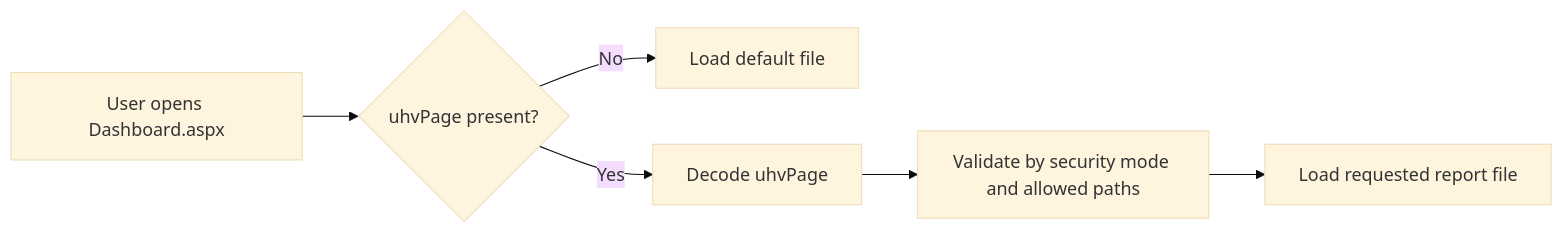
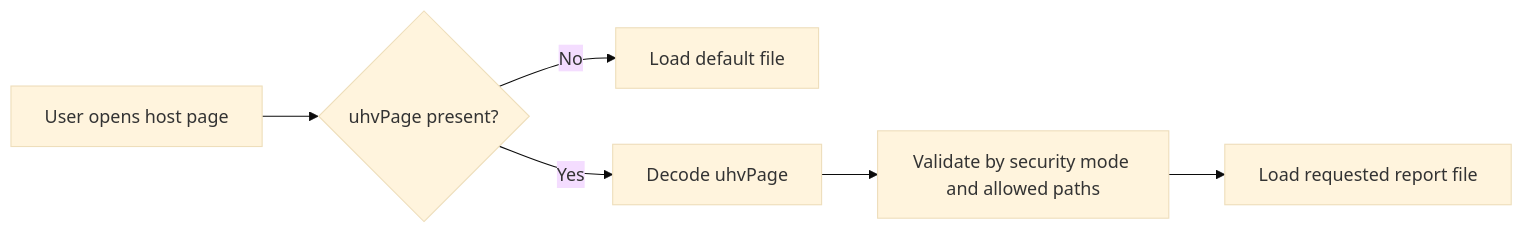
One commit to EvotecIT/UltimateHtmlViewer changed the fourth of 5 diagrams in README.md. Above: the diagram before and after it, drawn with Mermaid (base theme). The commit also changed other lines of this file and 7 other files, not shown here.

````diff
--- a/README.md
+++ b/README.md
@@ -188,8 +227,8 @@
 ```mermaid
 flowchart LR
-  A[User opens Dashboard.aspx] --> B{uhvPage present?}
+  A[User opens host page] --> B{uhvPage present?}
   B -->|No| C[Load default file]
   B -->|Yes| D[Decode uhvPage]
   D --> E[Validate by security mode and allowed paths]
   E --> F[Load requested report file]
 ```
````
